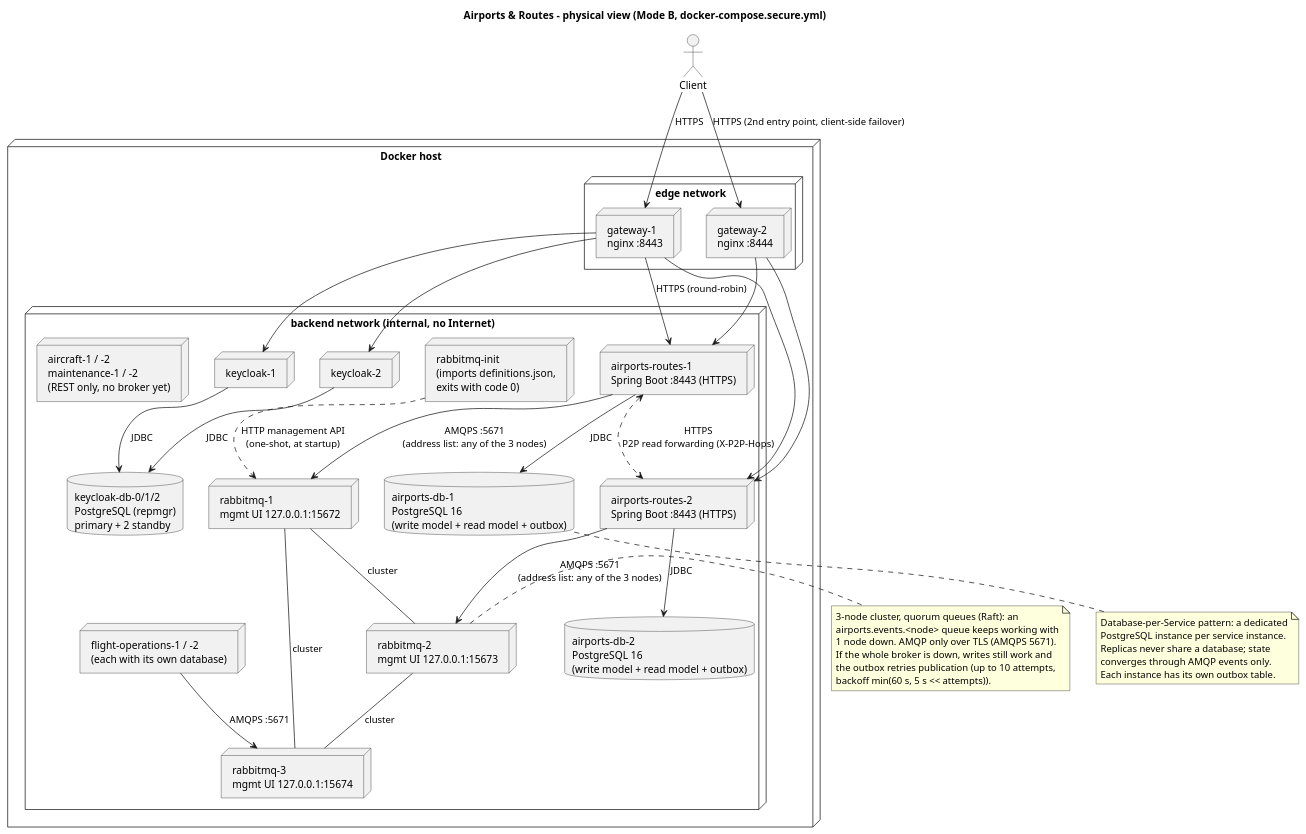
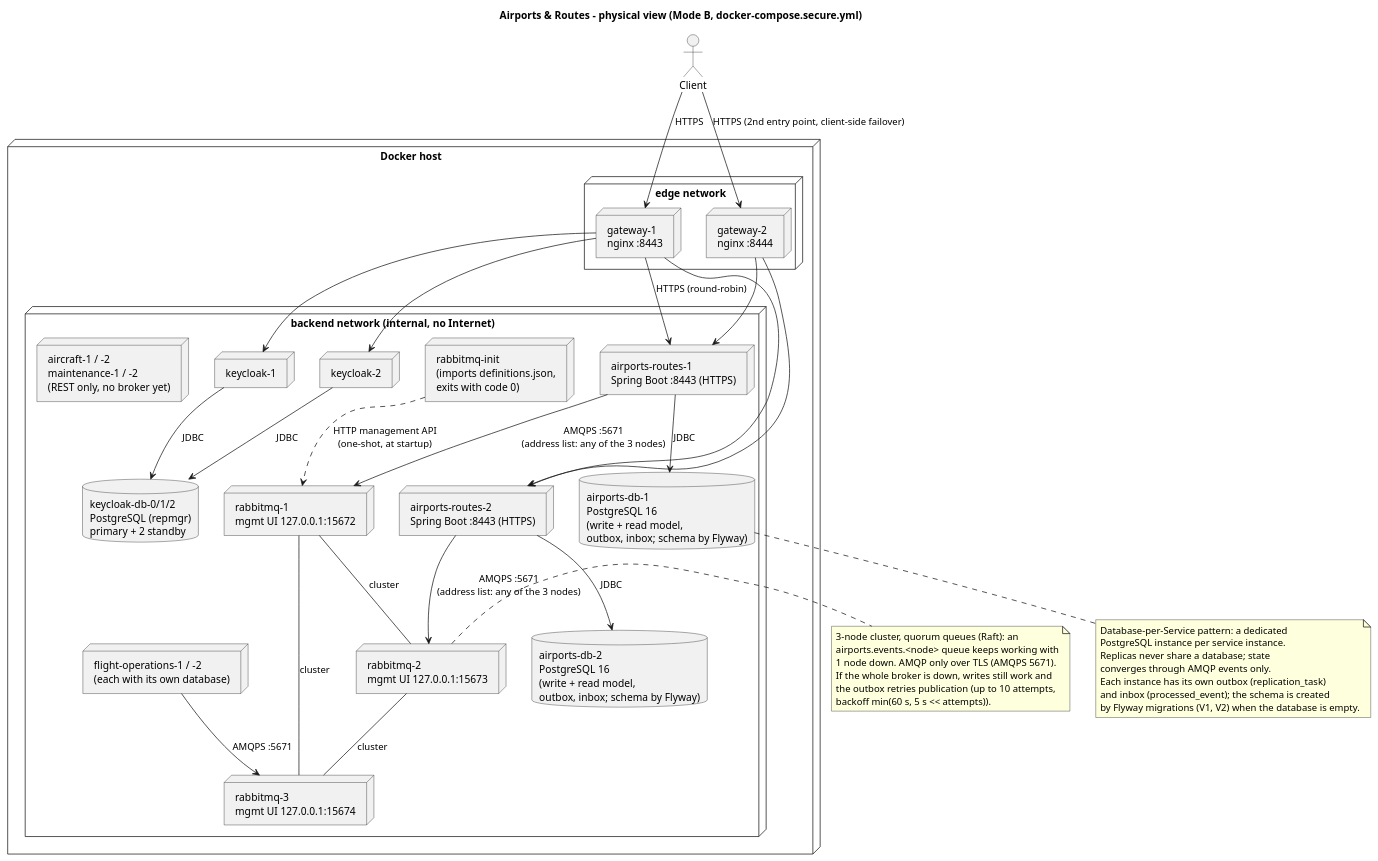
The diagram in Services/Airport e Routes/airports-routes-service/docs/E2/physical-view-airports-routes.puml (anamartasilvaa/SIDIG_AI_Safe), drawn with PlantUML before and after one commit. The commit also changed 12 other files, not shown here.

Commit message:
Airports: esquema gerido por Flyway e ddl-auto=none

```diff
--- a/Services/Airport e Routes/airports-routes-service/docs/E2/physical-view-airports-routes.puml
+++ b/Services/Airport e Routes/airports-routes-service/docs/E2/physical-view-airports-routes.puml
@@ -1,69 +1,70 @@
 @startuml physical-view-airports-routes
 skinparam shadowing false
 title Airports & Routes - physical view (Mode B, docker-compose.secure.yml)
 
 node "Docker host" {
   node "edge network" {
     node "gateway-1\nnginx :8443" as G1
     node "gateway-2\nnginx :8444" as G2
   }
   node "backend network (internal, no Internet)" {
     node "keycloak-1" as K1
     node "keycloak-2" as K2
     database "keycloak-db-0/1/2\nPostgreSQL (repmgr)\nprimary + 2 standby" as KDB
 
     node "rabbitmq-1\nmgmt UI 127.0.0.1:15672" as RB1
     node "rabbitmq-2\nmgmt UI 127.0.0.1:15673" as RB2
     node "rabbitmq-3\nmgmt UI 127.0.0.1:15674" as RB3
     node "rabbitmq-init\n(imports definitions.json,\nexits with code 0)" as RBI
 
     node "airports-routes-1\nSpring Boot :8443 (HTTPS)" as AR1
-    database "airports-db-1\nPostgreSQL 16\n(write model + read model + outbox)" as DB1
+    database "airports-db-1\nPostgreSQL 16\n(write + read model,\noutbox, inbox; schema by Flyway)" as DB1
     node "airports-routes-2\nSpring Boot :8443 (HTTPS)" as AR2
-    database "airports-db-2\nPostgreSQL 16\n(write model + read model + outbox)" as DB2
+    database "airports-db-2\nPostgreSQL 16\n(write + read model,\noutbox, inbox; schema by Flyway)" as DB2
 
     node "flight-operations-1 / -2\n(each with its own database)" as FO
     node "aircraft-1 / -2\nmaintenance-1 / -2\n(REST only, no broker yet)" as OTHER
   }
 }
 
 actor "Client" as C
 C --> G1 : HTTPS
 C --> G2 : HTTPS (2nd entry point, client-side failover)
 G1 --> AR1 : HTTPS (round-robin)
 G1 --> AR2
 G2 --> AR1
 G2 --> AR2
 G1 --> K1
 G1 --> K2
 K1 --> KDB : JDBC
 K2 --> KDB : JDBC
 
 AR1 --> DB1 : JDBC
 AR2 --> DB2 : JDBC
 AR1 --> RB1 : AMQPS :5671\n(address list: any of the 3 nodes)
 AR2 --> RB2 : AMQPS :5671\n(address list: any of the 3 nodes)
 FO --> RB3 : AMQPS :5671
 RB1 -- RB2 : cluster
 RB2 -- RB3 : cluster
 RB1 -- RB3 : cluster
 RBI ..> RB1 : HTTP management API\n(one-shot, at startup)
-AR1 <..> AR2 : HTTPS\nP2P read forwarding (X-P2P-Hops)
 
 note bottom of DB1
   Database-per-Service pattern: a dedicated
   PostgreSQL instance per service instance.
   Replicas never share a database; state
   converges through AMQP events only.
-  Each instance has its own outbox table.
+  Each instance has its own outbox (replication_task)
+  and inbox (processed_event); the schema is created
+  by Flyway migrations (V1, V2) when the database is empty.
 end note
 
 note right of RB2
   3-node cluster, quorum queues (Raft): an
   airports.events.<node> queue keeps working with
   1 node down. AMQP only over TLS (AMQPS 5671).
   If the whole broker is down, writes still work and
   the outbox retries publication (up to 10 attempts,
   backoff min(60 s, 5 s << attempts)).
 end note
 @enduml
```
